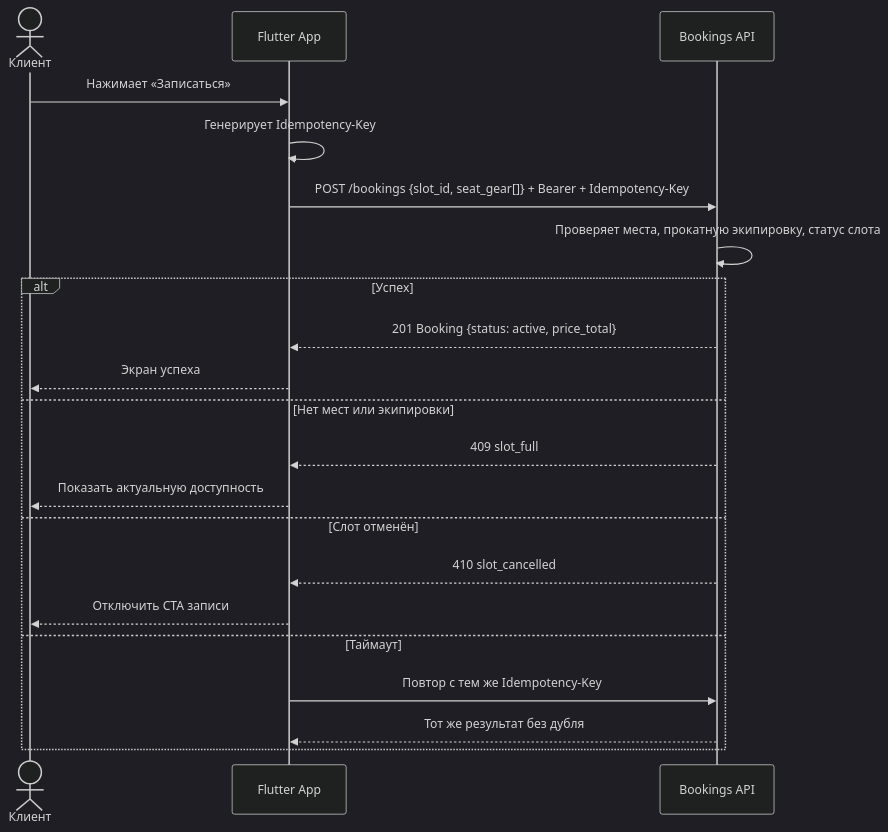
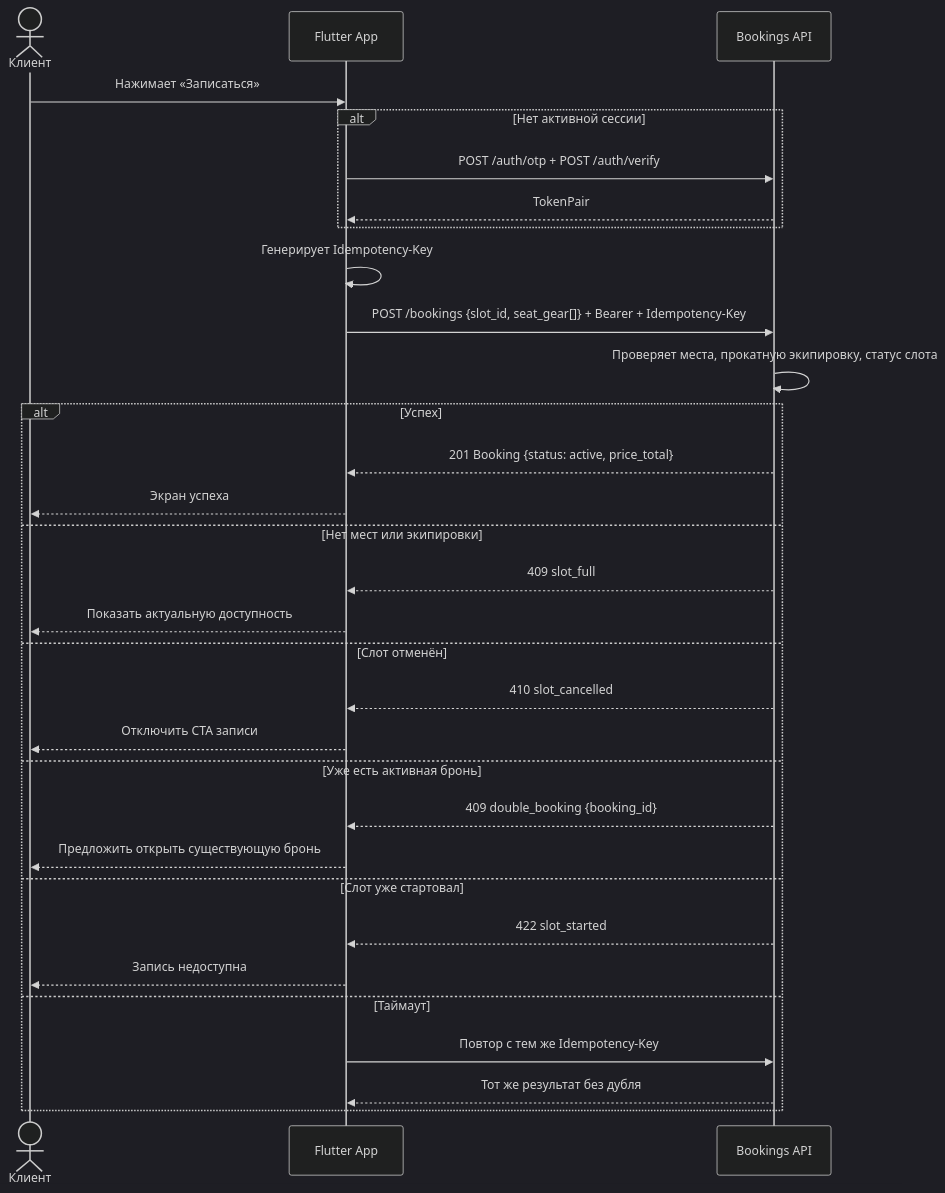
Before and after one commit to Asinasta/karting-center: the first of 4 diagrams in 01-analysis/4-design/api-sequence.md, drawn with Mermaid (dark theme). The commit also changed other lines of this file and 41 other files, not shown here.

````diff
--- a/01-analysis/4-design/api-sequence.md
+++ b/01-analysis/4-design/api-sequence.md
@@ -15,24 +17,34 @@
 ```mermaid
 sequenceDiagram
   actor User as Клиент
   participant App as Flutter App
   participant API as Bookings API
 
   User->>App: Нажимает «Записаться»
+  alt Нет активной сессии
+    App->>API: POST /auth/otp + POST /auth/verify
+    API-->>App: TokenPair
+  end
   App->>App: Генерирует Idempotency-Key
   App->>API: POST /bookings {slot_id, seat_gear[]} + Bearer + Idempotency-Key
   API->>API: Проверяет места, прокатную экипировку, статус слота
   alt Успех
     API-->>App: 201 Booking {status: active, price_total}
     App-->>User: Экран успеха
   else Нет мест или экипировки
     API-->>App: 409 slot_full
     App-->>User: Показать актуальную доступность
   else Слот отменён
     API-->>App: 410 slot_cancelled
     App-->>User: Отключить CTA записи
+  else Уже есть активная бронь
+    API-->>App: 409 double_booking {booking_id}
+    App-->>User: Предложить открыть существующую бронь
+  else Слот уже стартовал
+    API-->>App: 422 slot_started
+    App-->>User: Запись недоступна
   else Таймаут
     App->>API: Повтор с тем же Idempotency-Key
     API-->>App: Тот же результат без дубля
   end
 ```
````
